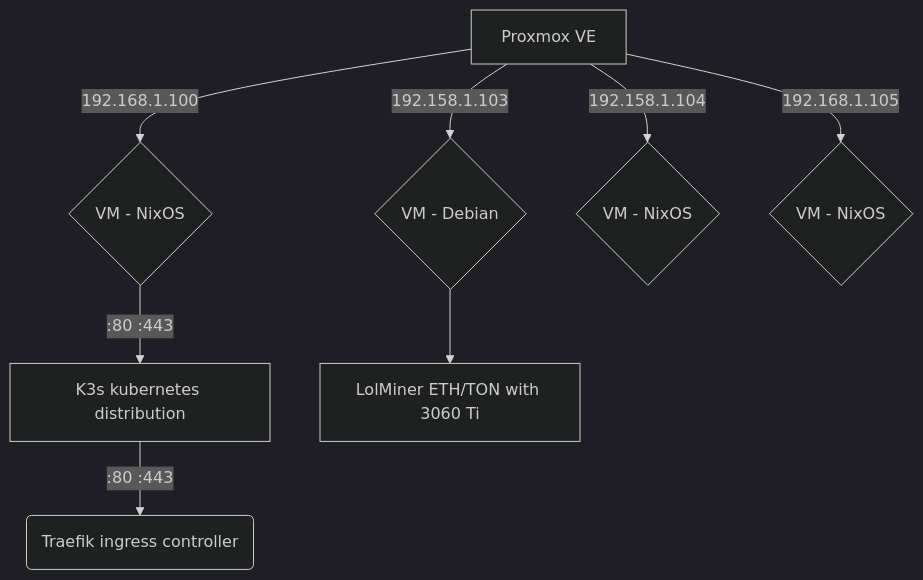
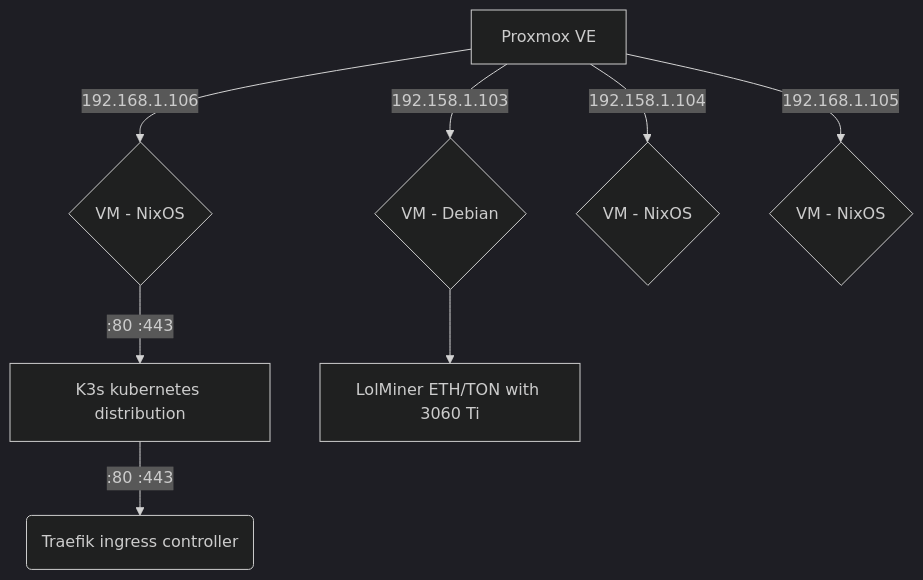
Before and after one commit to portothree/dotfiles: the diagram in homelab/README.md, drawn with Mermaid (dark theme).

````diff
--- a/homelab/README.md
+++ b/homelab/README.md
@@ -3,10 +3,10 @@
 ```mermaid
 flowchart TD
-	A[Proxmox VE] -->|192.168.1.100| 100{VM - NixOS};
+	A[Proxmox VE] -->|192.168.1.106| 100{VM - NixOS};
 	100 -->|:80 :443| K3s[K3s kubernetes distribution];
 	K3s -->|:80 :443| Traefik(Traefik ingress controller);
 	A -->|192.158.1.103| 102{VM - Debian};
 	102 --> lolminer[LolMiner ETH/TON with 3060 Ti];
 	A -->|192.158.1.104| 103{VM - NixOS};
 	A -->|192.168.1.105| 104{VM - NixOS};
 ```
````
